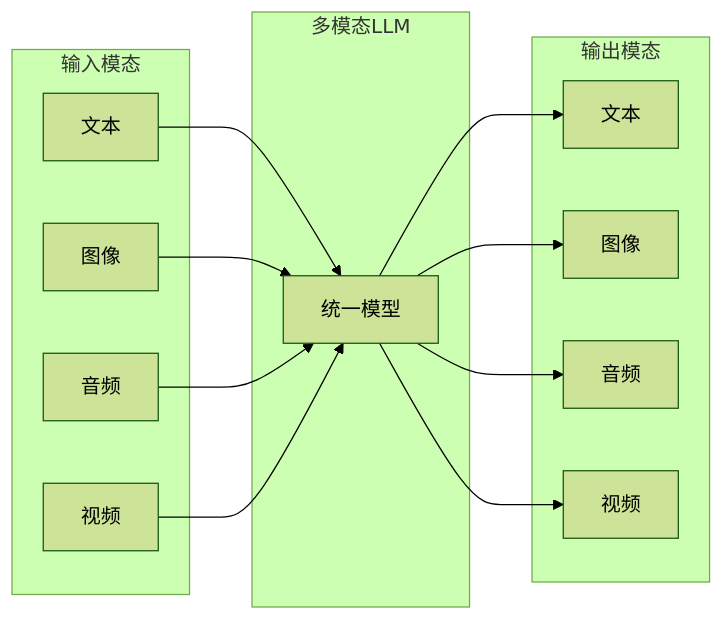
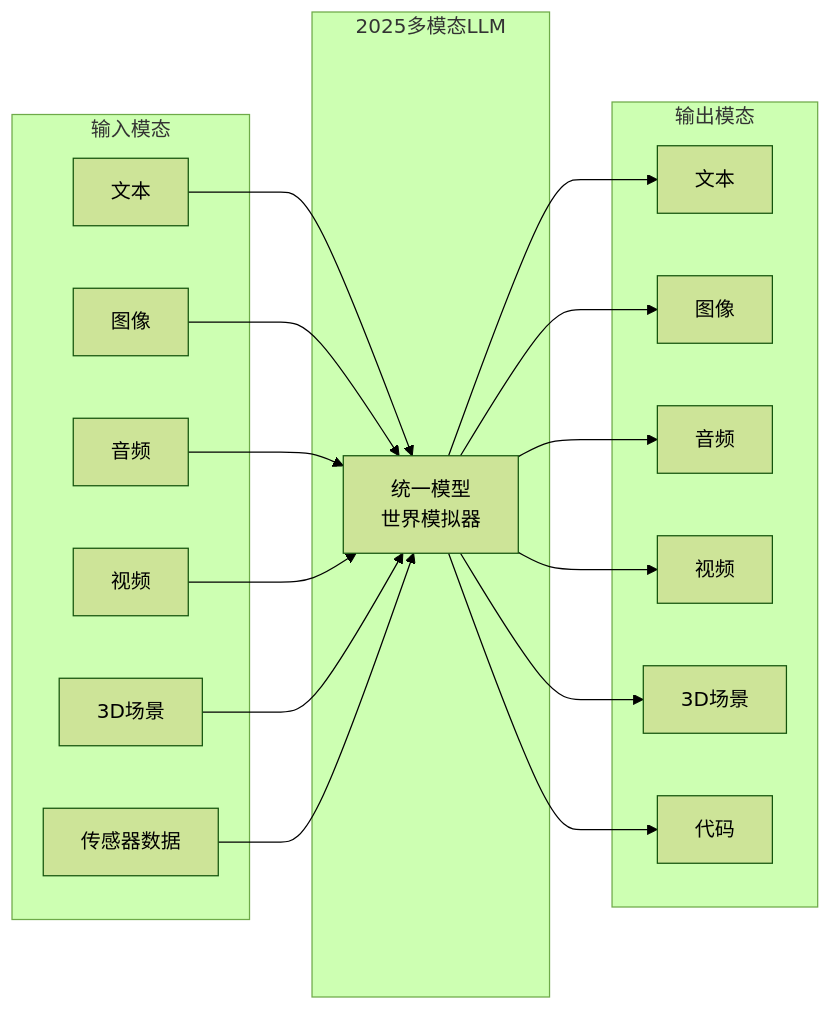
One commit to Xunzhuo/mini-sglang changed the first of 4 diagrams in learning/website/docs/basics/23-multimodal.md. Above: the diagram before and after it, drawn with Mermaid (forest theme). The commit also changed other lines of this file and 5 other files, not shown here.

````diff
--- a/learning/website/docs/basics/23-multimodal.md
+++ b/learning/website/docs/basics/23-multimodal.md
@@ -13,29 +13,37 @@
 ```mermaid
 graph LR
     subgraph 输入模态
         T1[文本]
         I1[图像]
         A1[音频]
         V1[视频]
+        3D1[3D场景]
+        S1[传感器数据]
     end
     
-    subgraph 多模态LLM
-        M[统一模型]
+    subgraph 2025多模态LLM
+        M[统一模型<br>世界模拟器]
     end
     
     subgraph 输出模态
         T2[文本]
         I2[图像]
         A2[音频]
         V2[视频]
+        3D2[3D场景]
+        Code[代码]
     end
     
     T1 --> M
     I1 --> M
     A1 --> M
     V1 --> M
+    3D1 --> M
+    S1 --> M
     M --> T2
     M --> I2
     M --> A2
     M --> V2
+    M --> 3D2
+    M --> Code
 ```
````
